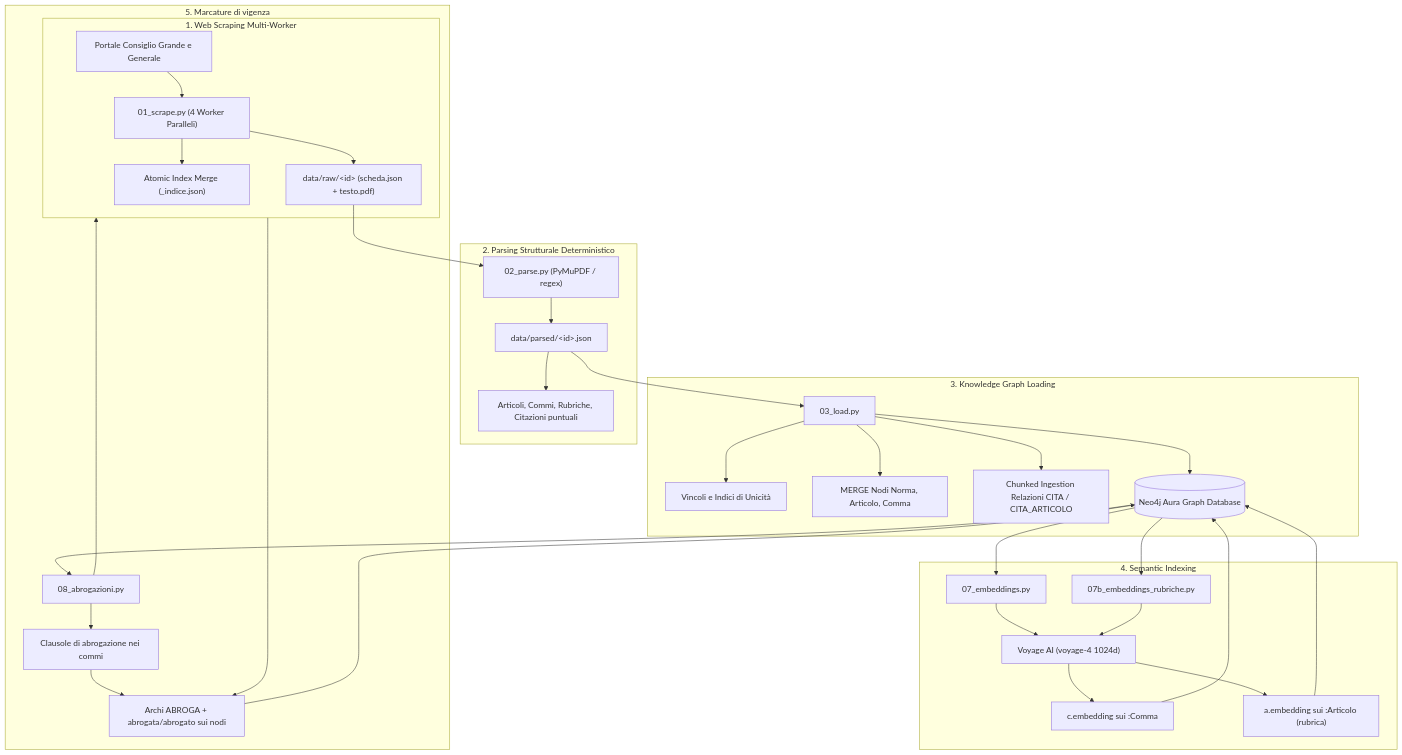
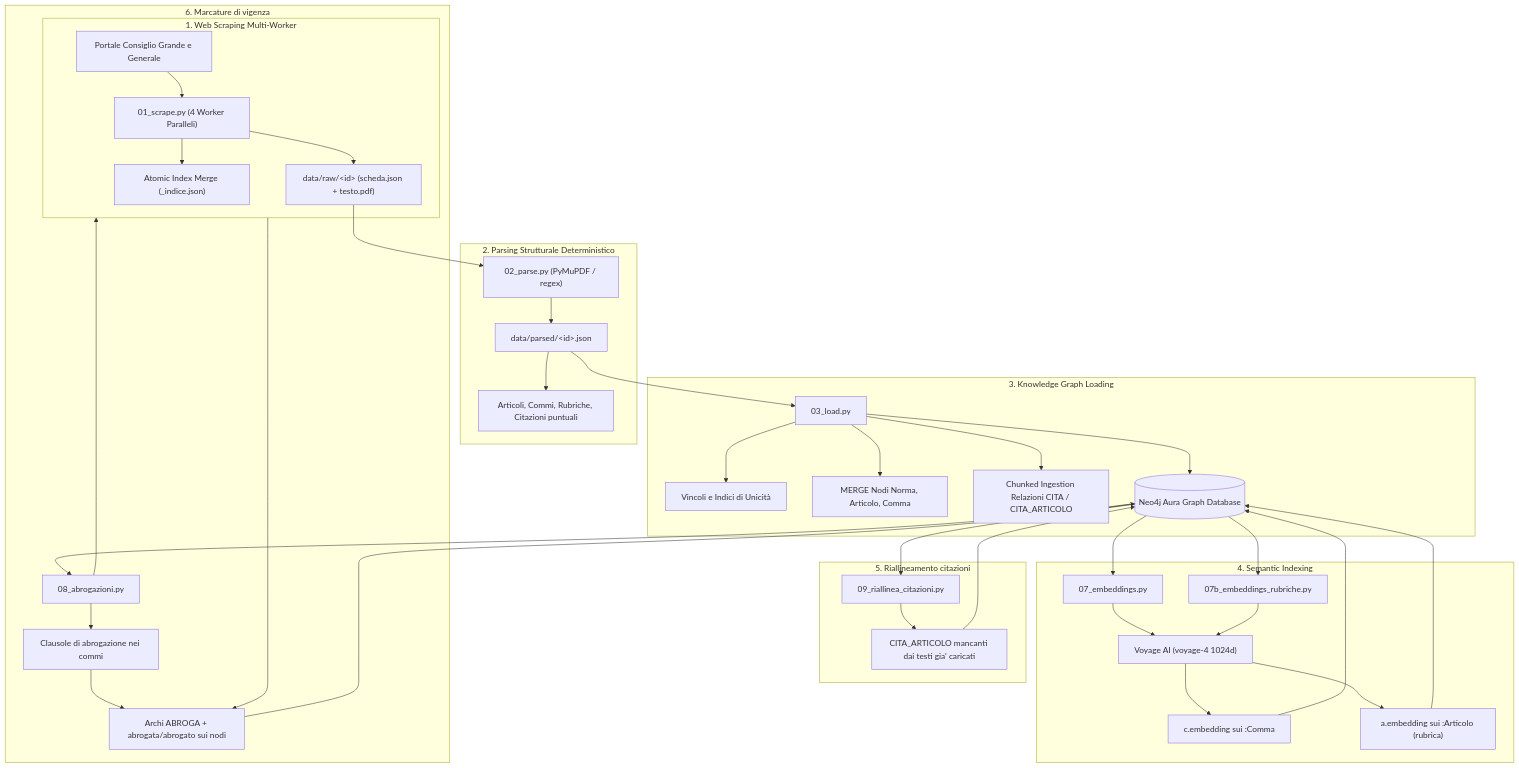
Before and after one commit to simorina/GraphResponsa: the second of 2 diagrams in docs/architettura-knowledge-graph.md, drawn with Mermaid. The commit also changed other lines of this file and 3 other files, not shown here.

````diff
--- a/docs/architettura-knowledge-graph.md
+++ b/docs/architettura-knowledge-graph.md
@@ -253,42 +268,48 @@
 ```mermaid
 flowchart TD
     subgraph S["1. Web Scraping Multi-Worker"]
         A["Portale Consiglio Grande e Generale"] --> B["01_scrape.py (4 Worker Paralleli)"]
         B --> C["data/raw/&lt;id&gt; (scheda.json + testo.pdf)"]
         B --> D["Atomic Index Merge (_indice.json)"]
     end
 
     subgraph P["2. Parsing Strutturale Deterministico"]
         C --> E["02_parse.py (PyMuPDF / regex)"]
         E --> F["data/parsed/&lt;id&gt;.json"]
         F --> G["Articoli, Commi, Rubriche, Citazioni puntuali"]
     end
 
     subgraph L["3. Knowledge Graph Loading"]
         F --> H["03_load.py"]
         H --> I["Vincoli e Indici di Unicità"]
         H --> J["MERGE Nodi Norma, Articolo, Comma"]
         H --> K["Chunked Ingestion Relazioni CITA / CITA_ARTICOLO"]
         H --> M[("Neo4j Aura Graph Database")]
     end
 
     subgraph EMD["4. Semantic Indexing"]
         M --> N["07_embeddings.py"]
         M --> N2["07b_embeddings_rubriche.py"]
         N --> O["Voyage AI (voyage-4 1024d)"]
         N2 --> O
         O --> P2["c.embedding sui :Comma"]
         O --> P3["a.embedding sui :Articolo (rubrica)"]
         P2 --> M
         P3 --> M
     end
 
-    subgraph AB["5. Marcature di vigenza"]
+    subgraph CA["5. Riallineamento citazioni"]
+        M --> U["09_riallinea_citazioni.py"]
+        U --> V["CITA_ARTICOLO mancanti dai testi gia' caricati"]
+        V --> M
+    end
+
+    subgraph AB["6. Marcature di vigenza"]
         M --> Q["08_abrogazioni.py"]
         Q --> R["Clausole di abrogazione nei commi"]
         Q --> S["Titoli marcati ABROGATO dall'archivio"]
         R --> T["Archi ABROGA + abrogata/abrogato sui nodi"]
         S --> T
         T --> M
     end
 ```
````
